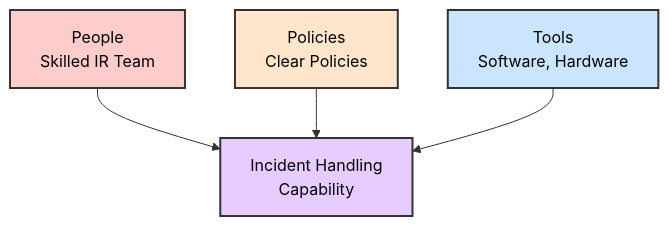
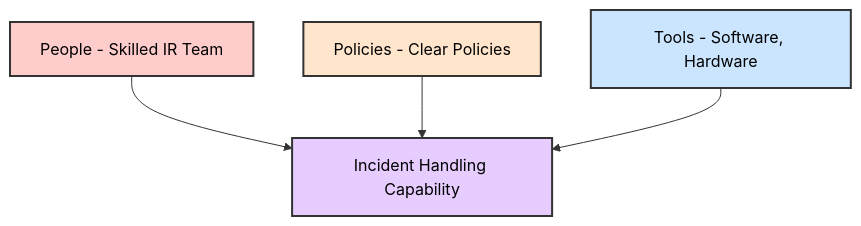
Before and after one commit to manojxshrestha/SOC-Analyst-Cheatsheet: diagram 13 of 29 in 1-Incident-Handling-Process/README.md, drawn with Mermaid. The commit also changed other lines of this file, not shown here.

````diff
--- a/1-Incident-Handling-Process/README.md
+++ b/1-Incident-Handling-Process/README.md
@@ -495,11 +495,11 @@
 ```mermaid
 graph TD
-    A["People<br/>Skilled IR Team"] --> D["Incident Handling<br/>Capability"]
-    B["Policies<br/>Clear Policies"] --> D
-    C["Tools<br/>Software, Hardware"] --> D
+    A[People - Skilled IR Team] --> D[Incident Handling Capability]
+    B[Policies - Clear Policies] --> D
+    C[Tools - Software, Hardware] --> D
     
     style A fill:#ffcccc,stroke:#333,stroke-width:2px,color:#000
     style B fill:#ffe5cc,stroke:#333,stroke-width:2px,color:#000
     style C fill:#cce5ff,stroke:#333,stroke-width:2px,color:#000
     style D fill:#e6ccff,stroke:#333,stroke-width:2px,color:#000
 ```
````
